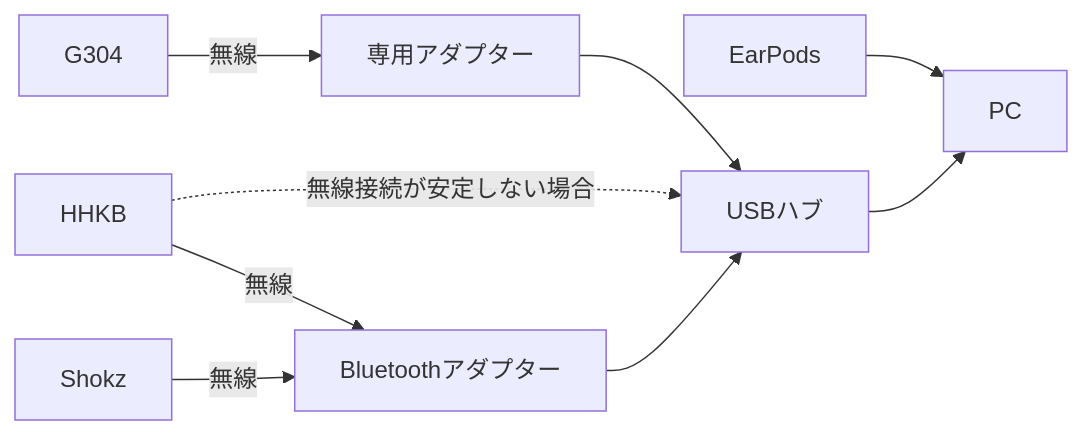
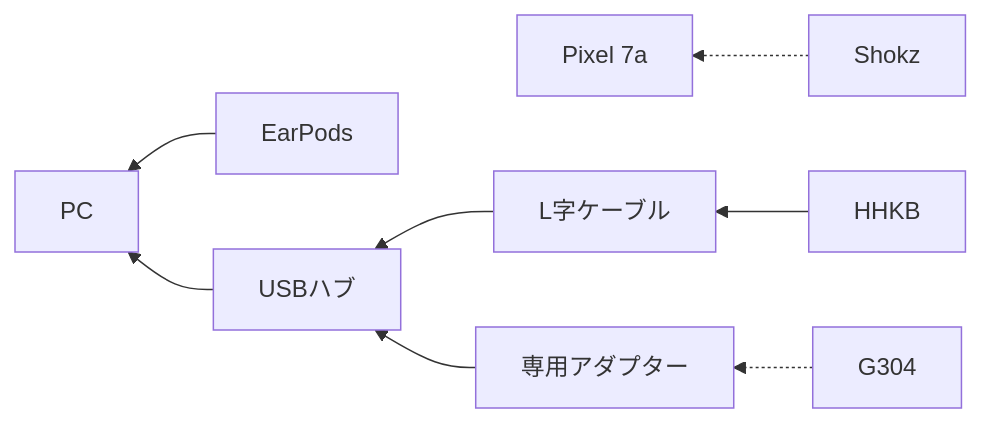
One commit to sh1Nome/personal-knowledge-hub changed the diagram in device/peripheralDevice/README.md. Above: the diagram before and after it, drawn with Mermaid. The commit also changed other lines of this file, not shown here.

Commit message:
接続図変更

````diff
--- a/device/peripheralDevice/README.md
+++ b/device/peripheralDevice/README.md
@@ -11,21 +13,22 @@
 ```mermaid
-graph LR
+graph RL
     pc[PC]
+    pixel[Pixel 7a]
     hhkb[HHKB]
+    lcable[L字ケーブル]
     shokz[Shokz]
     earpods[EarPods]
     g304[G304]
     g304adapter[専用アダプター]
     usbhub[USBハブ]
-    bluetooth[Bluetoothアダプター]
 
     earpods --> pc
 
     usbhub --> pc
 
-    g304adapter & bluetooth --> usbhub
-    hhkb -.->|無線接続が安定しない場合| usbhub
+    hhkb --> lcable --> usbhub
 
-    g304 -->|無線| g304adapter
-    hhkb & shokz -->|無線| bluetooth
+    g304 -.-> g304adapter --> usbhub
+
+    shokz -.-> pixel
 ```
````
